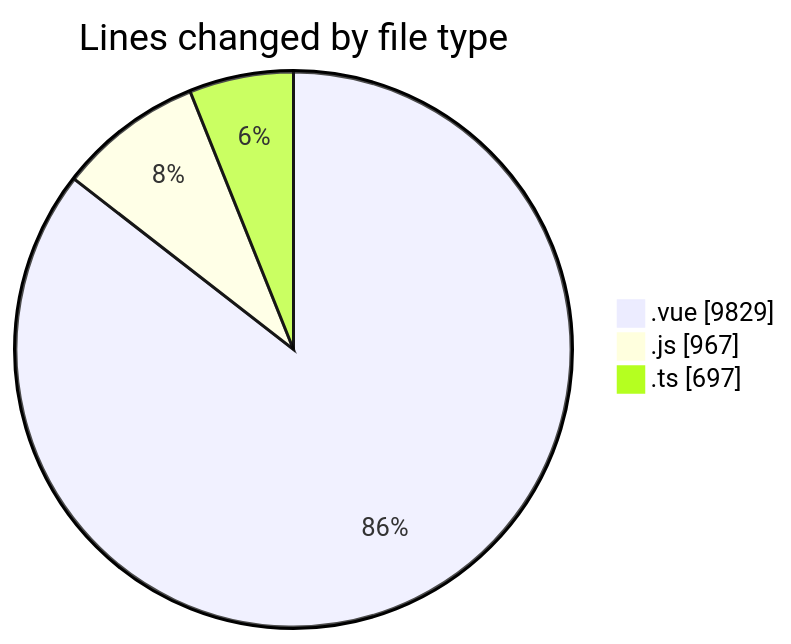
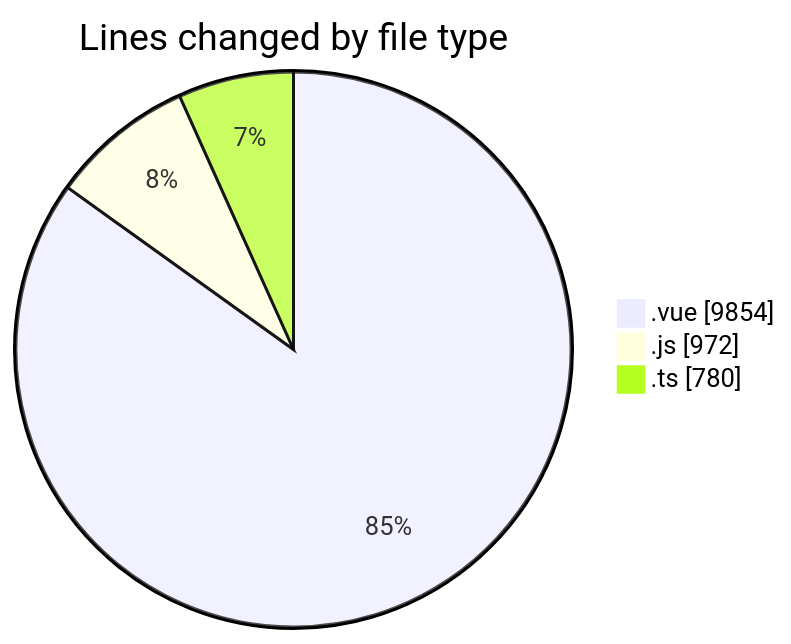
One commit to lephambinh05/code-tracking changed the first of 2 diagrams in 2025-08-13/rentotp/README.md. Above: the diagram before and after it, drawn with Mermaid. The commit also changed other lines of this file and 1 other file, not shown here.

````diff
--- a/2025-08-13/rentotp/README.md
+++ b/2025-08-13/rentotp/README.md
@@ -40,7 +40,7 @@
 ```mermaid
 pie showData
 title Lines changed by file type
-".vue" : 9829
-".js" : 967
-".ts" : 697
+".vue" : 9854
+".js" : 972
+".ts" : 780
 ```
````
